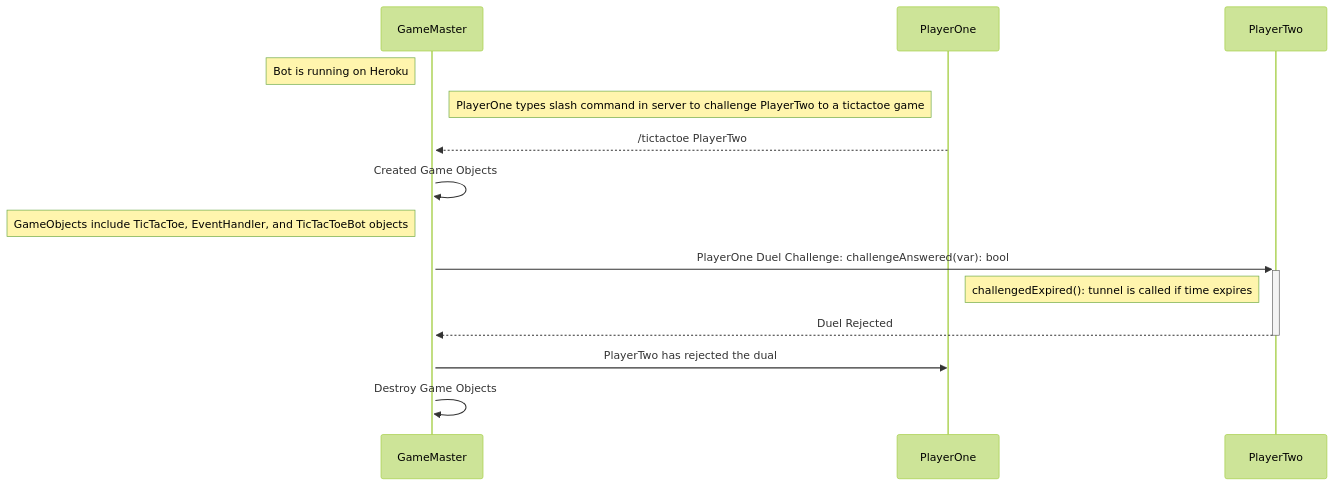
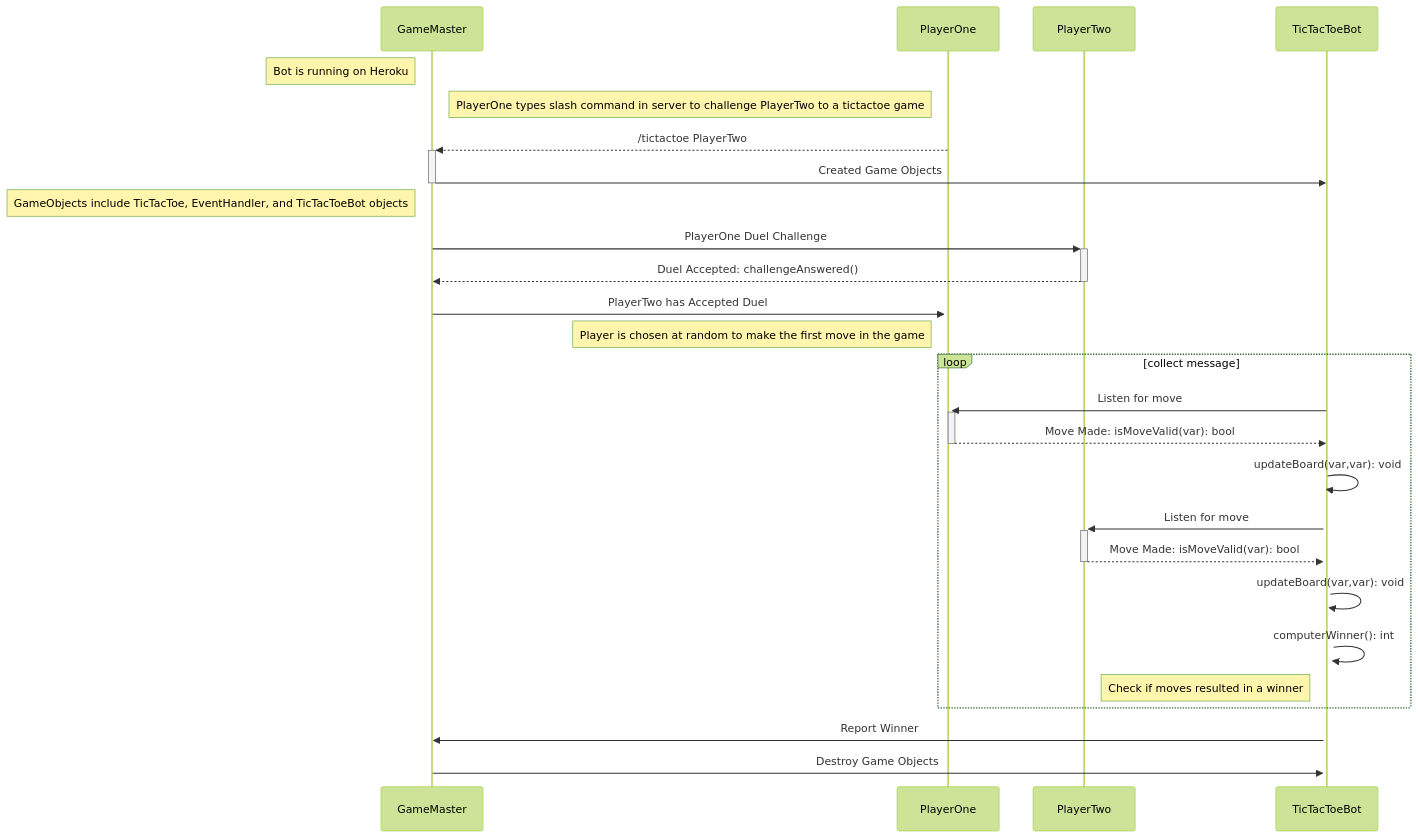
Before and after one commit to cis3296f22/GameMaster: the diagram in uml_Sequence_RejectDuel.md, drawn with Mermaid (forest theme).

Commit message:
Update uml_Sequence_RejectDuel.md
Most likely not fully correct but will get feedback then update

````diff
--- a/uml_Sequence_RejectDuel.md
+++ b/uml_Sequence_RejectDuel.md
@@ -3,18 +3,31 @@
 ```mermaid
 sequenceDiagram
   
     participant GameMaster as GameMaster
     participant PlayerOne as PlayerOne
     participant PlayerTwo as PlayerTwo
+    participant TicTacToeBot as TicTacToeBot
+    
     Note left of GameMaster: Bot is running on Heroku
     Note left of PlayerOne: PlayerOne types slash command in server to challenge PlayerTwo to a tictactoe game
     PlayerOne-->>+GameMaster: /tictactoe PlayerTwo
-    GameMaster->>GameMaster: Created Game Objects
+    GameMaster->>-TicTacToeBot: Created Game Objects
     Note left of GameMaster: GameObjects include TicTacToe, EventHandler, and TicTacToeBot objects
-    GameMaster->>+PlayerTwo: PlayerOne Duel Challenge: challengeAnswered(var): bool
-    Note left of PlayerTwo: challengedExpired(): tunnel is called if time expires
-    PlayerTwo-->>-GameMaster: Duel Rejected
-    GameMaster->>PlayerOne: PlayerTwo has rejected the dual
-    GameMaster->>+GameMaster: Destroy Game Objects
+    GameMaster->>+PlayerTwo: PlayerOne Duel Challenge
+    PlayerTwo-->>-GameMaster: Duel Accepted: challengeAnswered()
+    GameMaster->>+PlayerOne: PlayerTwo has Accepted Duel
+    Note left of PlayerOne: Player is chosen at random to make the first move in the game
+    loop collect message
+    TicTacToeBot->>+PlayerOne: Listen for move
+    PlayerOne-->>-TicTacToeBot: Move Made: isMoveValid(var): bool
+    TicTacToeBot->>+TicTacToeBot: updateBoard(var,var): void
+    TicTacToeBot->>+PlayerTwo: Listen for move
+    PlayerTwo-->>-TicTacToeBot: Move Made: isMoveValid(var): bool
+    TicTacToeBot->>+TicTacToeBot: updateBoard(var,var): void
+    TicTacToeBot->>+TicTacToeBot: computerWinner(): int
+    Note left of TicTacToeBot: Check if moves resulted in a winner
+    end
+    TicTacToeBot->>GameMaster: Report Winner
+    GameMaster->>TicTacToeBot: Destroy Game Objects
     
 ```
````
